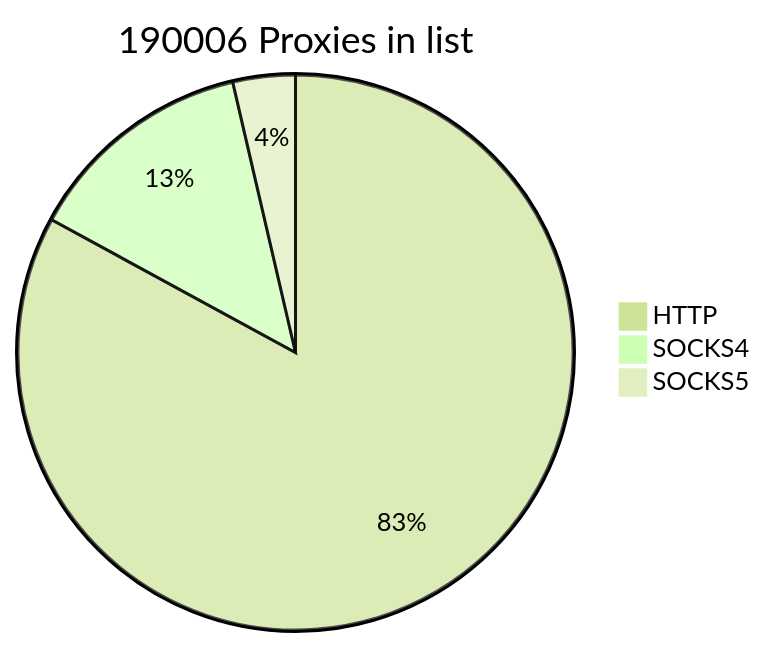
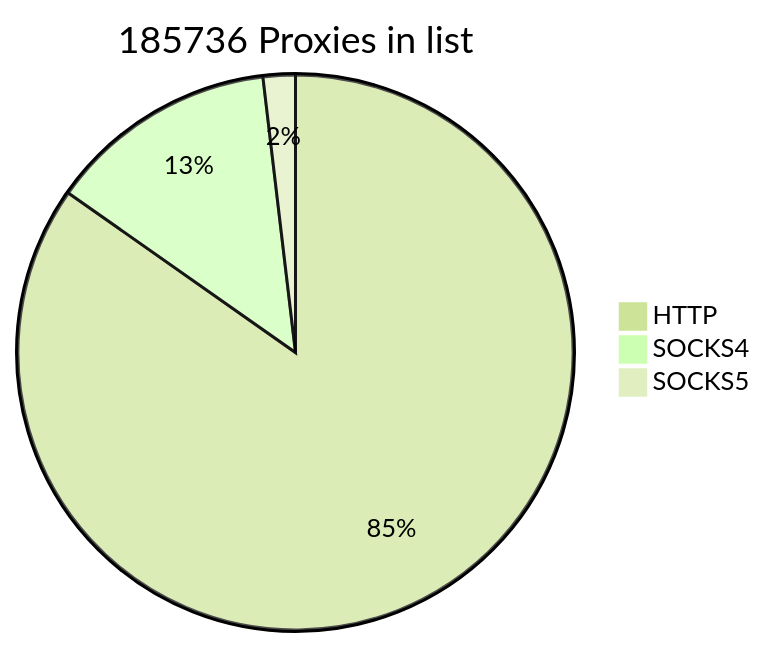
The first of 2 diagrams in README.md (cutipu/proxylist), drawn with Mermaid (forest theme) before and after one commit. The commit also changed other lines of this file, not shown here.

````diff
--- a/README.md
+++ b/README.md
@@ -2,7 +2,7 @@
 ```mermaid
-pie title 190006 Proxies in list
-    "HTTP" : 157583
-    "SOCKS4" : 25523
-    "SOCKS5" : 6900
+pie title 185736 Proxies in list
+    "HTTP" : 157398
+    "SOCKS4" : 24855
+    "SOCKS5" : 3483
             
 ```
````
